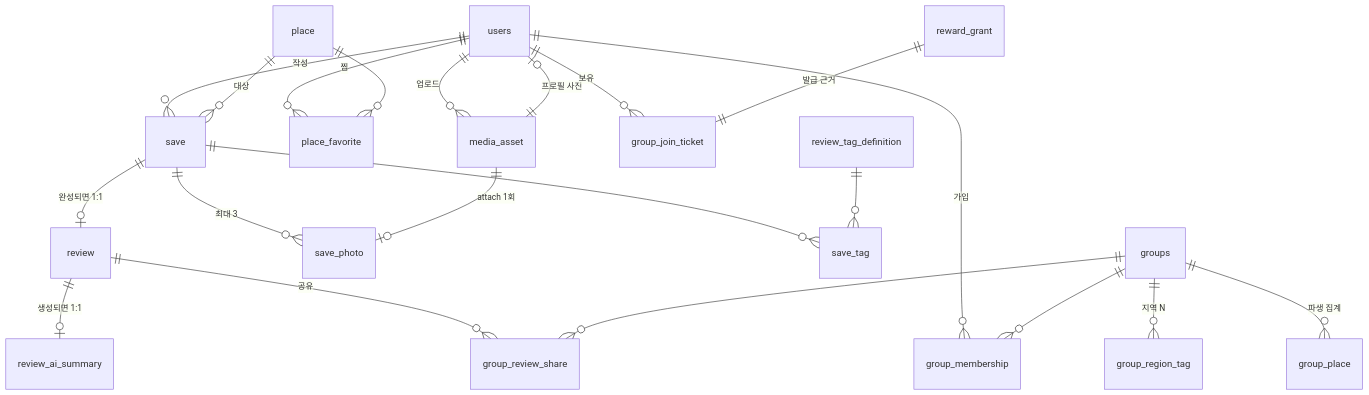
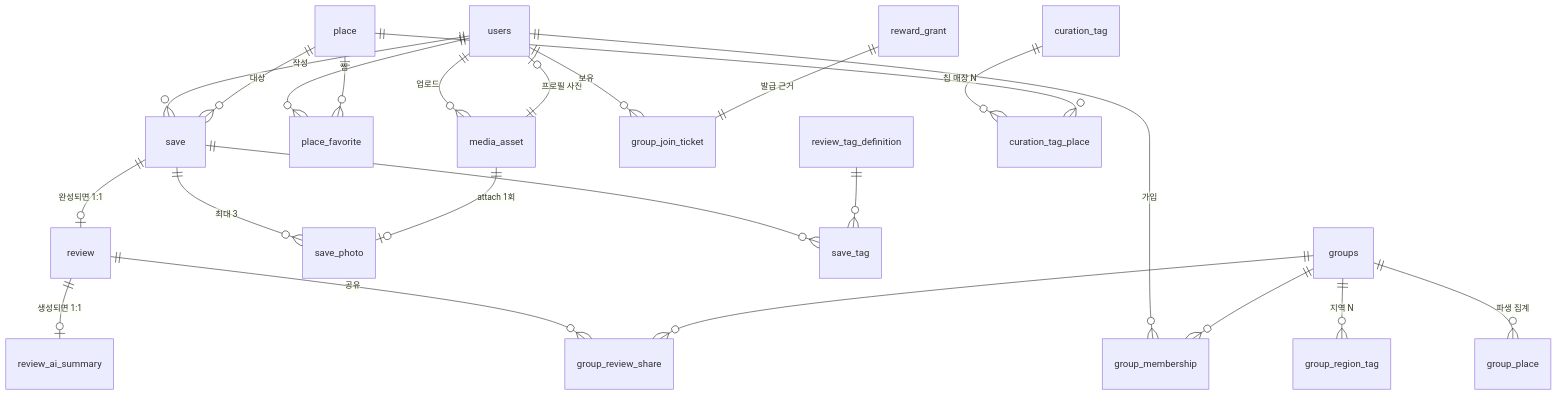
Before and after one commit to mash-up-kr/TMT-BE: the diagram in docs/DB-SCHEMA.md, drawn with Mermaid. The commit also changed other lines of this file and 24 other files, not shown here.

````diff
--- a/docs/DB-SCHEMA.md
+++ b/docs/DB-SCHEMA.md
@@ -15,23 +15,25 @@
 ```mermaid
 erDiagram
     users ||--o{ save : "작성"
     users ||--o{ place_favorite : "찜"
     users ||--o{ media_asset : "업로드"
     media_asset ||--o| users : "프로필 사진"
     users ||--o{ group_join_ticket : "보유"
     users ||--o{ group_membership : "가입"
     place ||--o{ save : "대상"
     place ||--o{ place_favorite : ""
     save ||--o| review : "완성되면 1:1"
     save ||--o{ save_photo : "최대 3"
     save ||--o{ save_tag : ""
     review_tag_definition ||--o{ save_tag : ""
     media_asset ||--o| save_photo : "attach 1회"
     review ||--o| review_ai_summary : "생성되면 1:1"
     review ||--o{ group_review_share : "공유"
     reward_grant ||--|| group_join_ticket : "발급 근거"
     groups ||--o{ group_membership : ""
     groups ||--o{ group_review_share : ""
     groups ||--o{ group_region_tag : "지역 N"
     groups ||--o{ group_place : "파생 집계"
+    curation_tag ||--o{ curation_tag_place : "칩 매장 N"
+    place ||--o{ curation_tag_place : ""
 ```
````
